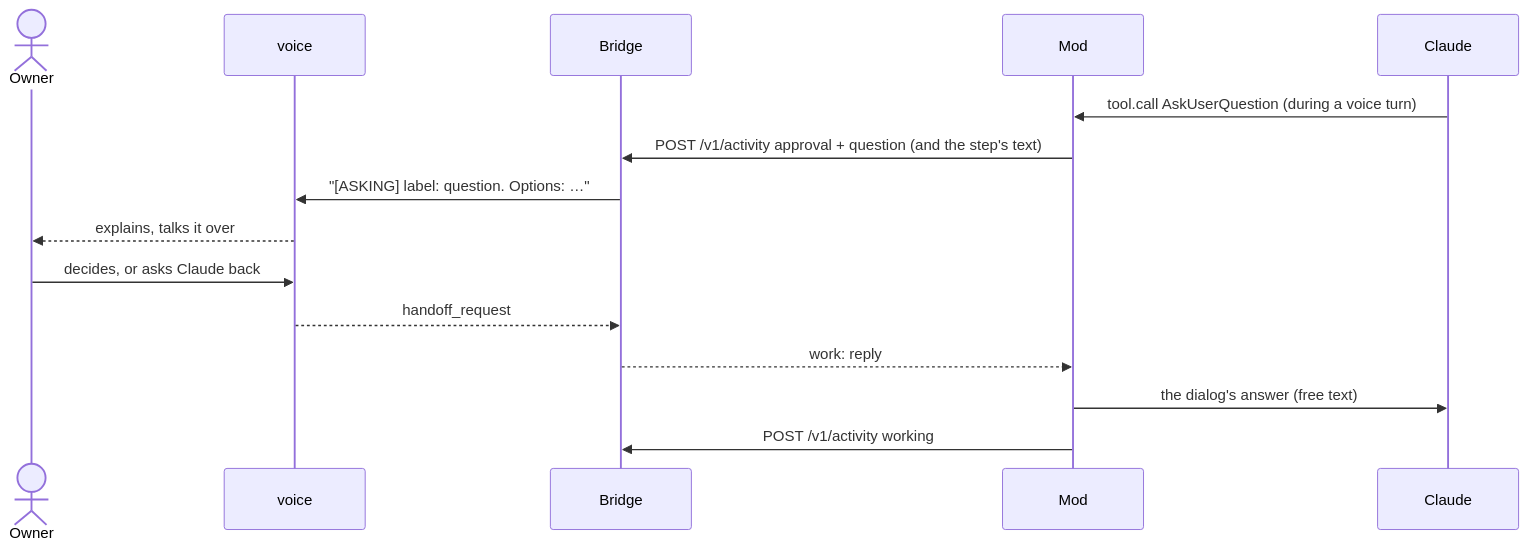
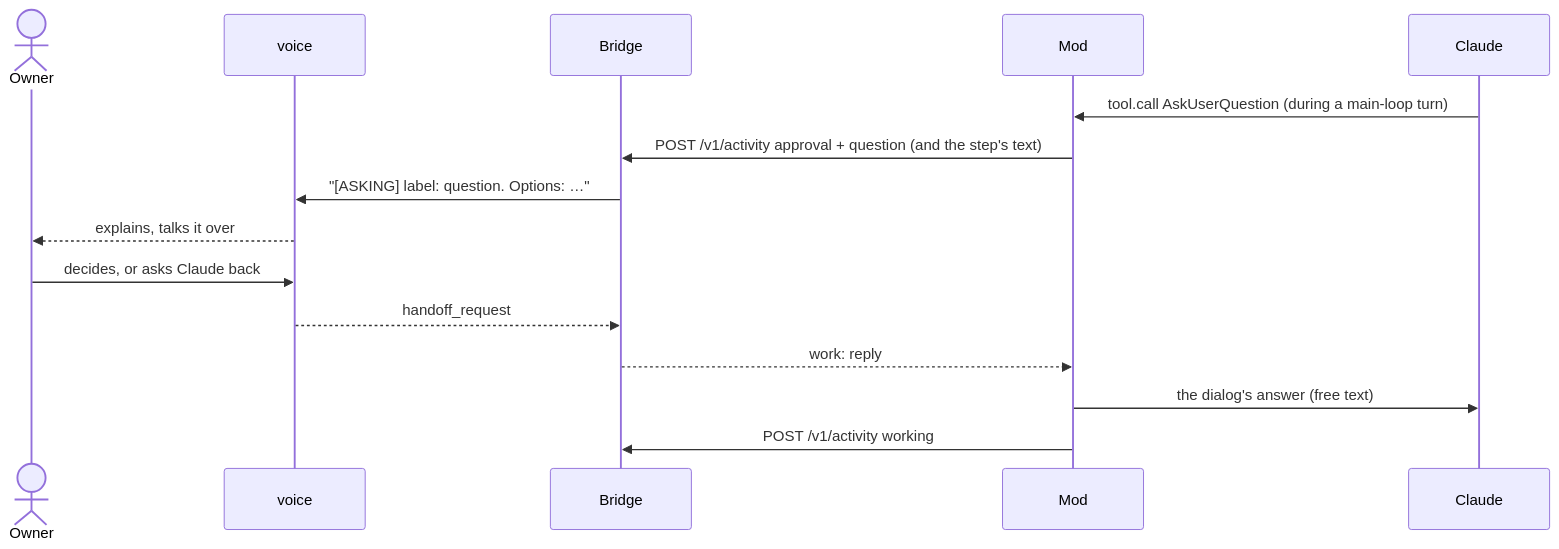
The eighth of 8 diagrams in docs/architecture/overview.md (Nezhinskiy/claude-gpt-live-bridge), drawn with Mermaid before and after one commit. The commit also changed other lines of this file and 10 other files, not shown here.

````diff
--- a/docs/architecture/overview.md
+++ b/docs/architecture/overview.md
@@ -384,17 +395,17 @@
 ```mermaid
 sequenceDiagram
   actor Owner
   participant Codex as voice
   participant Bridge
   participant Mod
   participant Claude
-  Claude->>Mod: tool.call AskUserQuestion (during a voice turn)
+  Claude->>Mod: tool.call AskUserQuestion (during a main-loop turn)
   Mod->>Bridge: POST /v1/activity approval + question (and the step's text)
   Bridge->>Codex: "[ASKING] label: question. Options: …"
   Codex-->>Owner: explains, talks it over
   Owner->>Codex: decides, or asks Claude back
   Codex-->>Bridge: handoff_request
   Bridge-->>Mod: work: reply
   Mod->>Claude: the dialog's answer (free text)
   Mod->>Bridge: POST /v1/activity working
 ```
````
